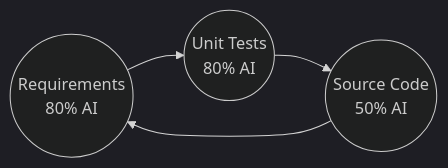
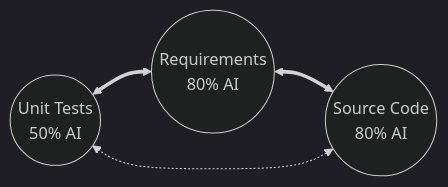
Before and after one commit to peter-lawrey/aide: the diagram in posts/20241231-Next-Level-AIDE.adoc, drawn with Mermaid (dark theme). The commit also changed other lines of this file and 4 other files, not shown here.

```diff
--- a/posts/20241231-Next-Level-AIDE.adoc
+++ b/posts/20241231-Next-Level-AIDE.adoc
@@ -58,7 +58,7 @@
 [mermaid]
 ----
 flowchart LR
-  A((Requirements<br>80% AI)) --> B((Unit Tests<br>80% AI))
-  B --> C((Source Code<br>50% AI))
-  C --> A
+  A((Unit Tests<br>50% AI)) <==> B((Requirements<br>80% AI))
+  B <==> C((Source Code<br>80% AI))
+  C <-.-> A
 ----
```
